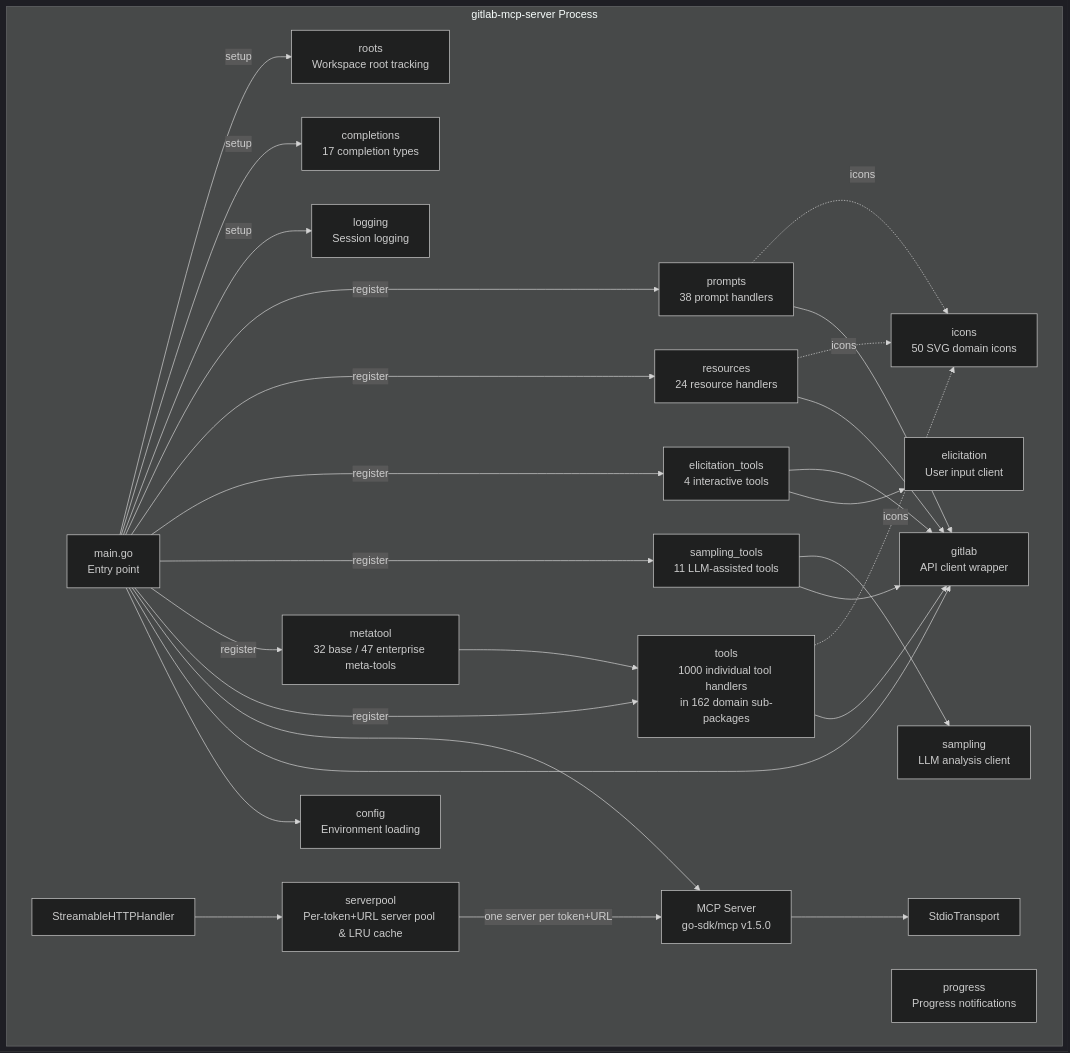
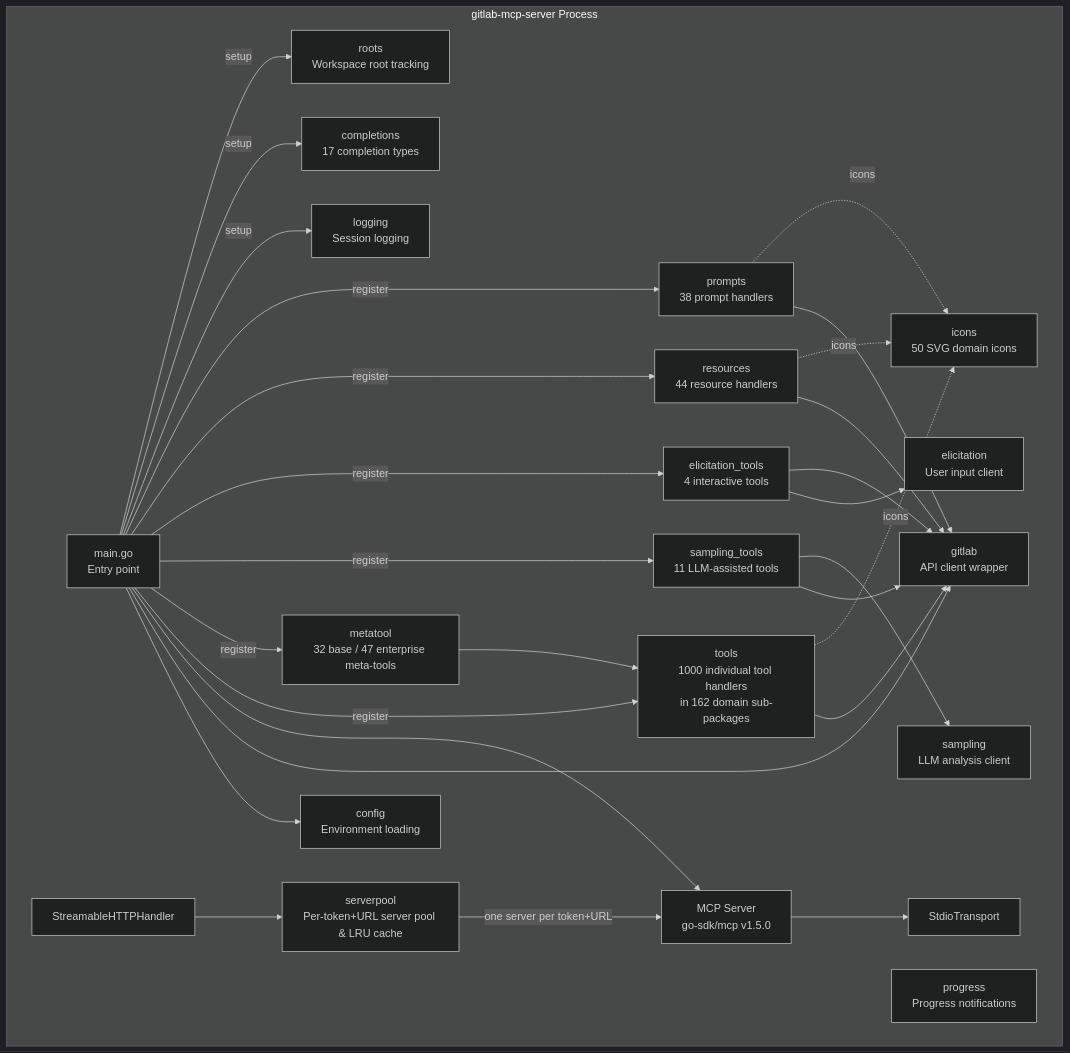
The third of 9 diagrams in docs/architecture.md (jmrplens/gitlab-mcp-server), drawn with Mermaid (dark theme) before and after one commit. The commit also changed other lines of this file and 79 other files, not shown here.

First line of the commit message:
feat(mcp): MCP spec extras — resource templates, embedded resources, list_changed capabilities (#43)

````diff
--- a/docs/architecture.md
+++ b/docs/architecture.md
@@ -64,52 +64,52 @@
 ```mermaid
 graph TD
     subgraph "gitlab-mcp-server Process"
         MAIN[main.go<br/>Entry point]
         CFG[config<br/>Environment loading]
         GL[gitlab<br/>API client wrapper]
         TOOLS[tools<br/>1000 individual tool handlers<br/>in 162 domain sub-packages]
         META[metatool<br/>32 base / 47 enterprise meta-tools]
         SAMP[sampling_tools<br/>11 LLM-assisted tools]
         ELIC[elicitation_tools<br/>4 interactive tools]
-        RES[resources<br/>24 resource handlers]
+        RES[resources<br/>44 resource handlers]
         PROMPTS[prompts<br/>38 prompt handlers]
         LOG[logging<br/>Session logging]
         COMP[completions<br/>17 completion types]
         ROOTS[roots<br/>Workspace root tracking]
         PROG[progress<br/>Progress notifications]
         SAMPLING[sampling<br/>LLM analysis client]
         ELICIT[elicitation<br/>User input client]
         ICN[icons<br/>50 SVG domain icons]
         SRV[MCP Server<br/>go-sdk/mcp v1.5.0]
         STDIO[StdioTransport]
         HTTP[StreamableHTTPHandler]
         POOL[serverpool<br/>Per-token+URL server pool & LRU cache]
     end
 
     MAIN --> CFG
     MAIN --> GL
     MAIN --> SRV
     SRV --> STDIO
     HTTP --> POOL
     POOL -->|one server per token+URL| SRV
     TOOLS --> GL
     META --> TOOLS
     SAMP --> GL
     SAMP --> SAMPLING
     ELIC --> ELICIT
     ELIC --> GL
     RES --> GL
     PROMPTS --> GL
     MAIN -->|register| TOOLS
     MAIN -->|register| META
     MAIN -->|register| SAMP
     MAIN -->|register| ELIC
     MAIN -->|register| RES
     MAIN -->|register| PROMPTS
     TOOLS -.->|icons| ICN
     RES -.->|icons| ICN
     PROMPTS -.->|icons| ICN
     MAIN -->|setup| LOG
     MAIN -->|setup| COMP
     MAIN -->|setup| ROOTS
 ```
````
